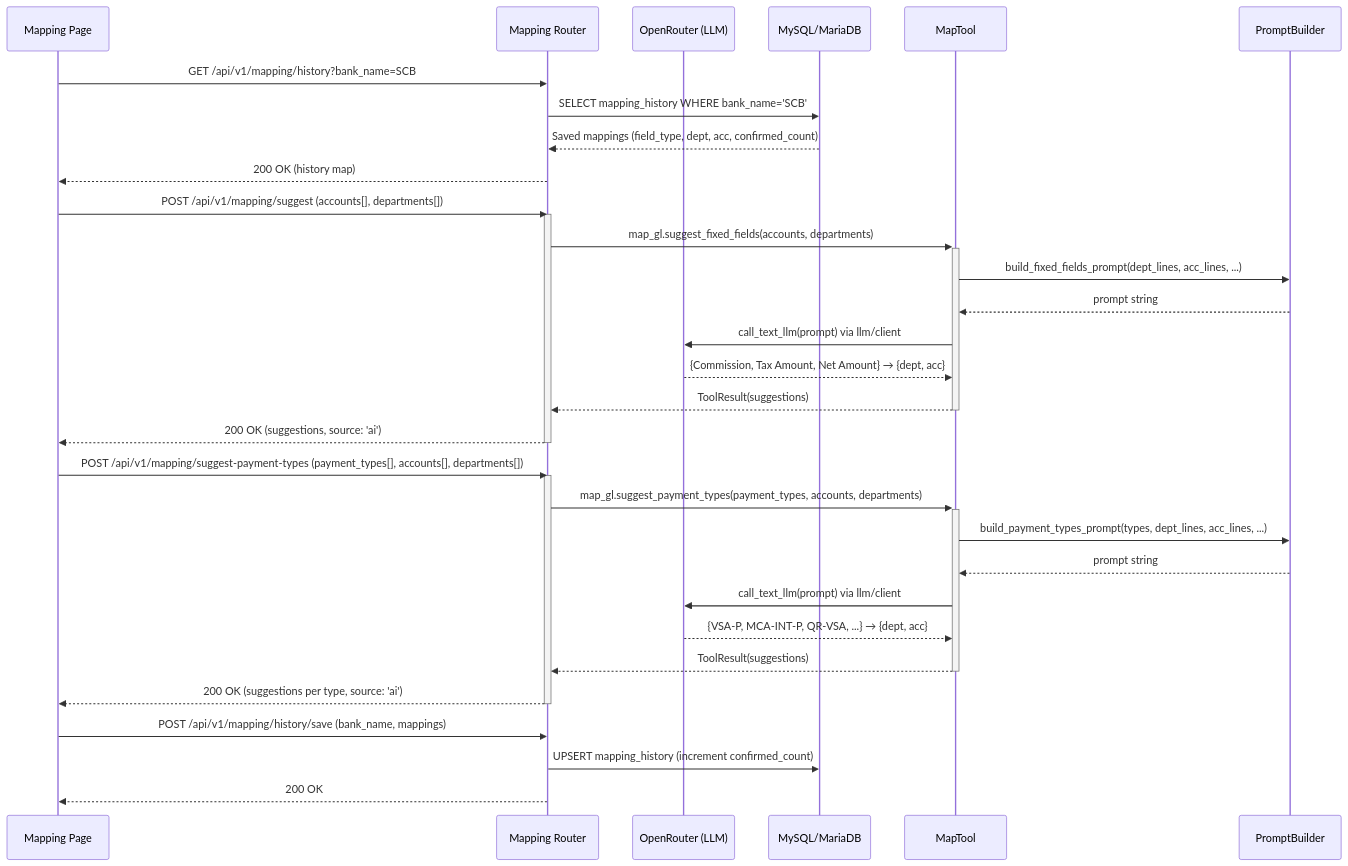
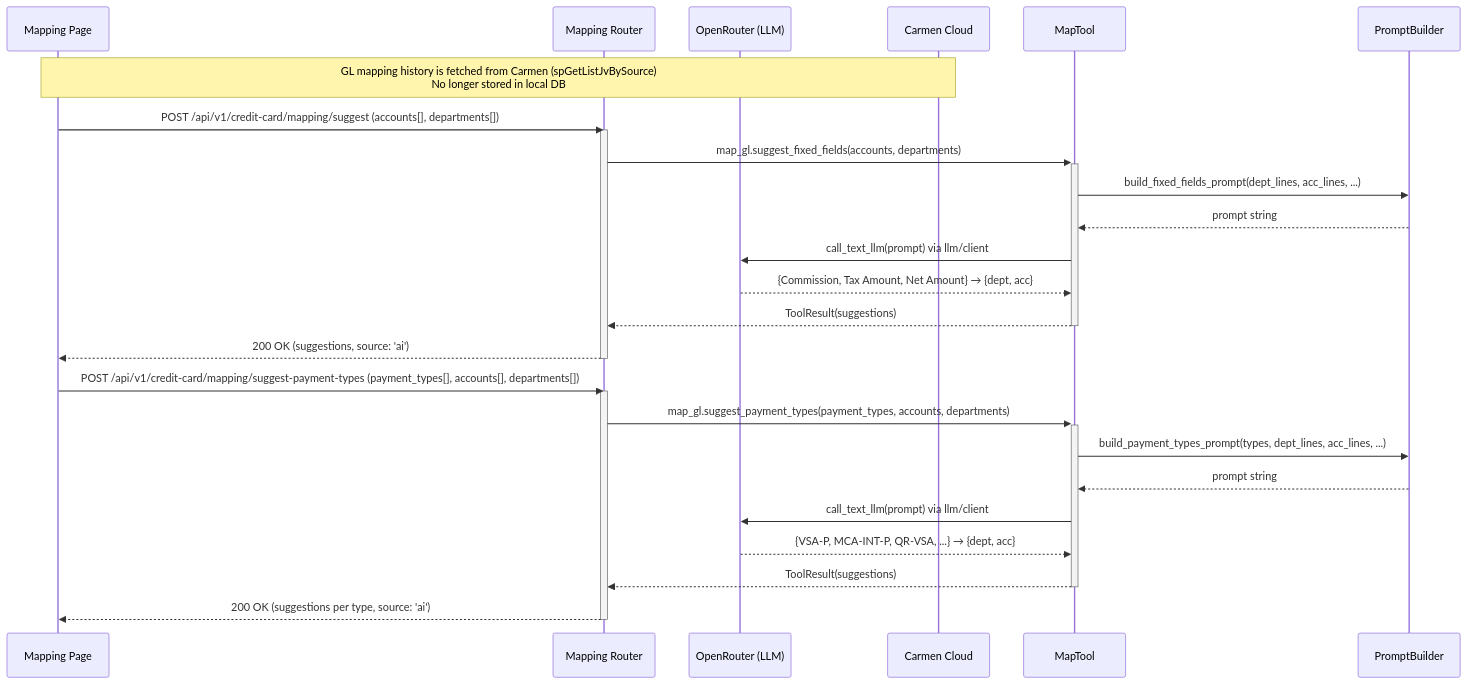
One commit to developer-carmensoftware/OCR changed the seventh of 8 diagrams in docs/Software_Requirements_Specification.md. Above: the diagram before and after it, drawn with Mermaid. The commit also changed other lines of this file and 27 other files, not shown here.

````diff
--- a/docs/Software_Requirements_Specification.md
+++ b/docs/Software_Requirements_Specification.md
@@ -260,38 +260,31 @@
 ```mermaid
 sequenceDiagram
     participant UI as Mapping Page
     participant API as Mapping Router
     participant LLM as OpenRouter (LLM)
-    participant DB as MySQL/MariaDB
+    participant Carmen as Carmen Cloud
 
-    UI->>API: GET /api/v1/mapping/history?bank_name=SCB
-    API->>DB: SELECT mapping_history WHERE bank_name='SCB'
-    DB-->>API: Saved mappings (field_type, dept, acc, confirmed_count)
-    API-->>UI: 200 OK (history map)
+    Note over UI,Carmen: GL mapping history is fetched from Carmen (spGetListJvBySource)<br/>No longer stored in local DB
 
-    UI->>API: POST /api/v1/mapping/suggest (accounts[], departments[])
+    UI->>API: POST /api/v1/credit-card/mapping/suggest (accounts[], departments[])
     activate API
     API->>+MapTool: map_gl.suggest_fixed_fields(accounts, departments)
     MapTool->>PromptBuilder: build_fixed_fields_prompt(dept_lines, acc_lines, ...)
     PromptBuilder-->>MapTool: prompt string
     MapTool->>LLM: call_text_llm(prompt) via llm/client
     LLM-->>MapTool: {Commission, Tax Amount, Net Amount} → {dept, acc}
     MapTool-->>-API: ToolResult(suggestions)
     API-->>UI: 200 OK (suggestions, source: 'ai')
     deactivate API
 
-    UI->>API: POST /api/v1/mapping/suggest-payment-types (payment_types[], accounts[], departments[])
+    UI->>API: POST /api/v1/credit-card/mapping/suggest-payment-types (payment_types[], accounts[], departments[])
     activate API
     API->>+MapTool: map_gl.suggest_payment_types(payment_types, accounts, departments)
     MapTool->>PromptBuilder: build_payment_types_prompt(types, dept_lines, acc_lines, ...)
     PromptBuilder-->>MapTool: prompt string
     MapTool->>LLM: call_text_llm(prompt) via llm/client
     LLM-->>MapTool: {VSA-P, MCA-INT-P, QR-VSA, ...} → {dept, acc}
     MapTool-->>-API: ToolResult(suggestions)
     API-->>UI: 200 OK (suggestions per type, source: 'ai')
     deactivate API
-
-    UI->>API: POST /api/v1/mapping/history/save (bank_name, mappings)
-    API->>DB: UPSERT mapping_history (increment confirmed_count)
-    API-->>UI: 200 OK
 ```
````
